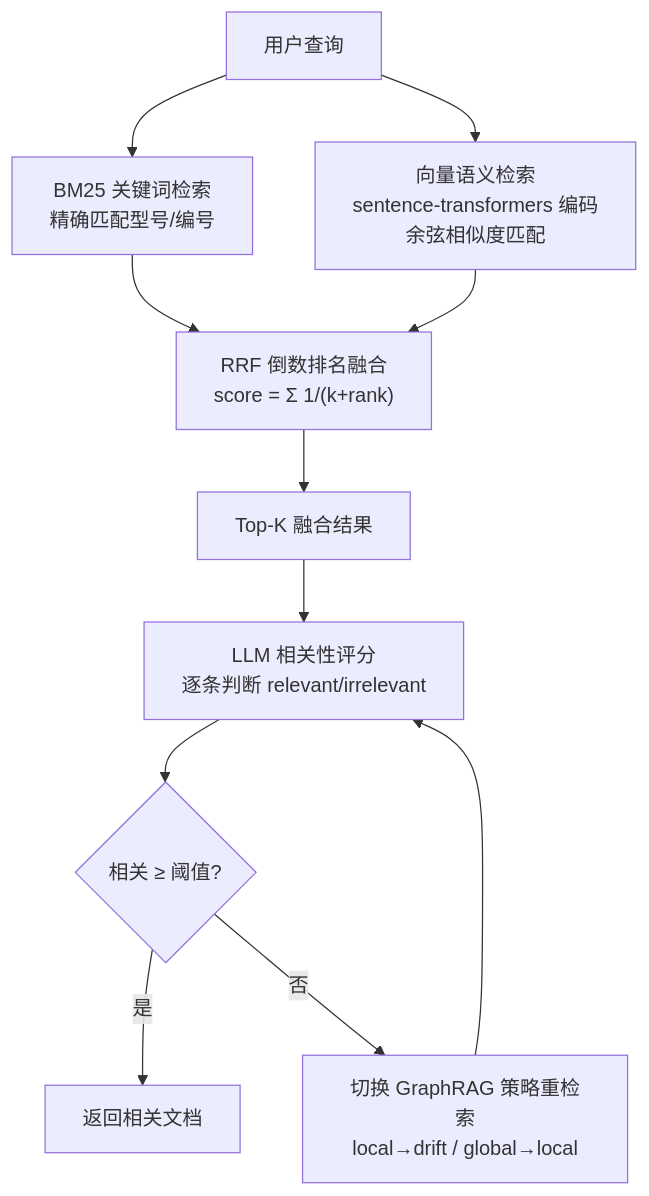
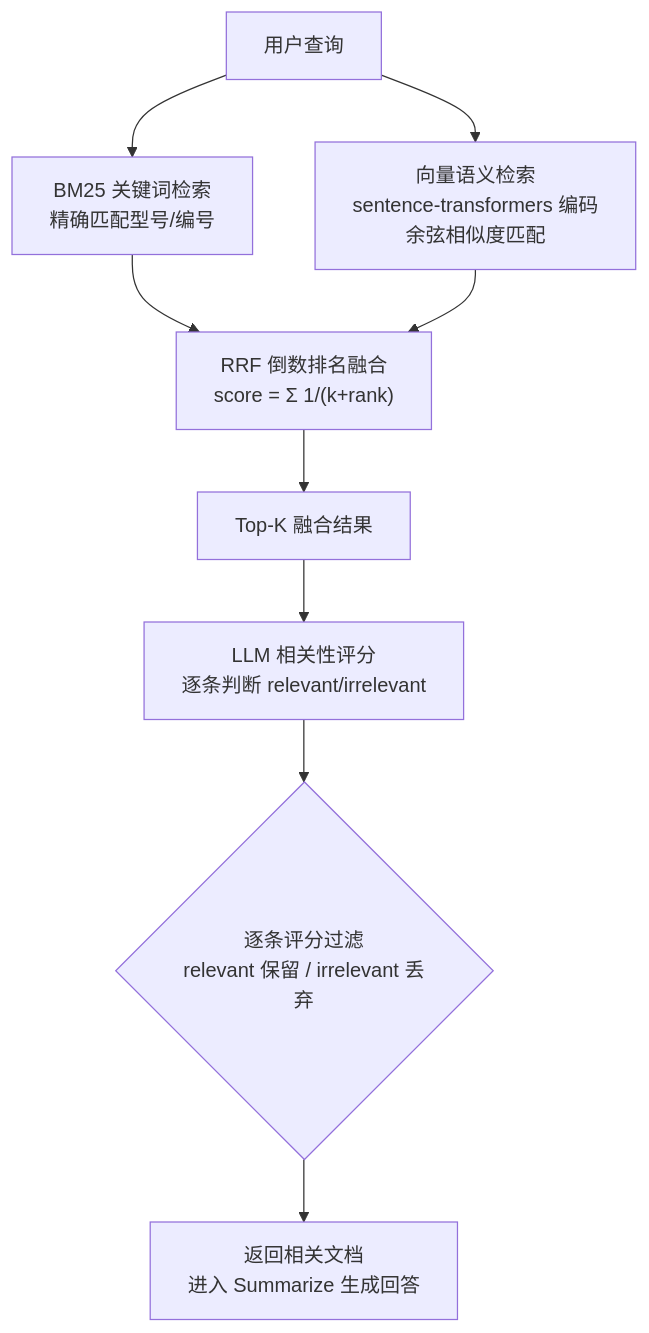
One commit to blowt16/SmartCS-Agent changed the sixth of 11 diagrams in docs/PROJECT_ANALYSIS.md. Above: the diagram before and after it, drawn with Mermaid. The commit also changed other lines of this file and 11 other files, not shown here.

Commit message:
[docs] 全面清理 GraphRAG 残留：README/学习文档/配置文件/脚本统一为标准 RAG（ChromaDB）描述，删除 fix_nb.py 与 docker-compose 无效挂载

````diff
--- a/docs/PROJECT_ANALYSIS.md
+++ b/docs/PROJECT_ANALYSIS.md
@@ -424,13 +422,11 @@
 ```mermaid
 flowchart TB
     Q["用户查询"] --> BM25["BM25 关键词检索<br/>精确匹配型号/编号"]
     Q --> VEC["向量语义检索<br/>sentence-transformers 编码<br/>余弦相似度匹配"]
     BM25 --> RRF["RRF 倒数排名融合<br/>score = Σ 1/(k+rank)"]
     VEC --> RRF
     RRF --> TOPK["Top-K 融合结果"]
     TOPK --> GRADE["LLM 相关性评分<br/>逐条判断 relevant/irrelevant"]
-    GRADE --> CHECK{"相关 ≥ 阈值?"}
-    CHECK -->|是| DONE["返回相关文档"]
-    CHECK -->|否| RETRY["切换 GraphRAG 策略重检索<br/>local→drift / global→local"]
-    RETRY --> GRADE
+    GRADE --> FILTER{"逐条评分过滤<br/>relevant 保留 / irrelevant 丢弃"}
+    FILTER --> DONE["返回相关文档<br/>进入 Summarize 生成回答"]
 ```
````
